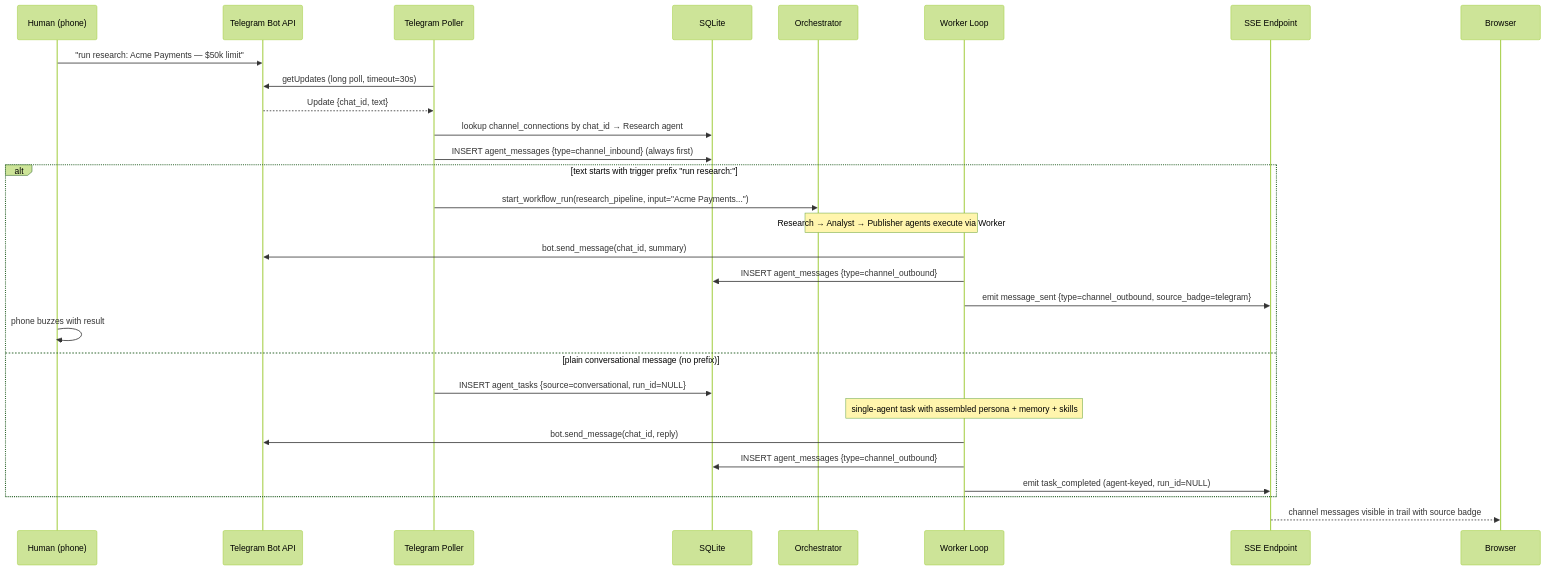
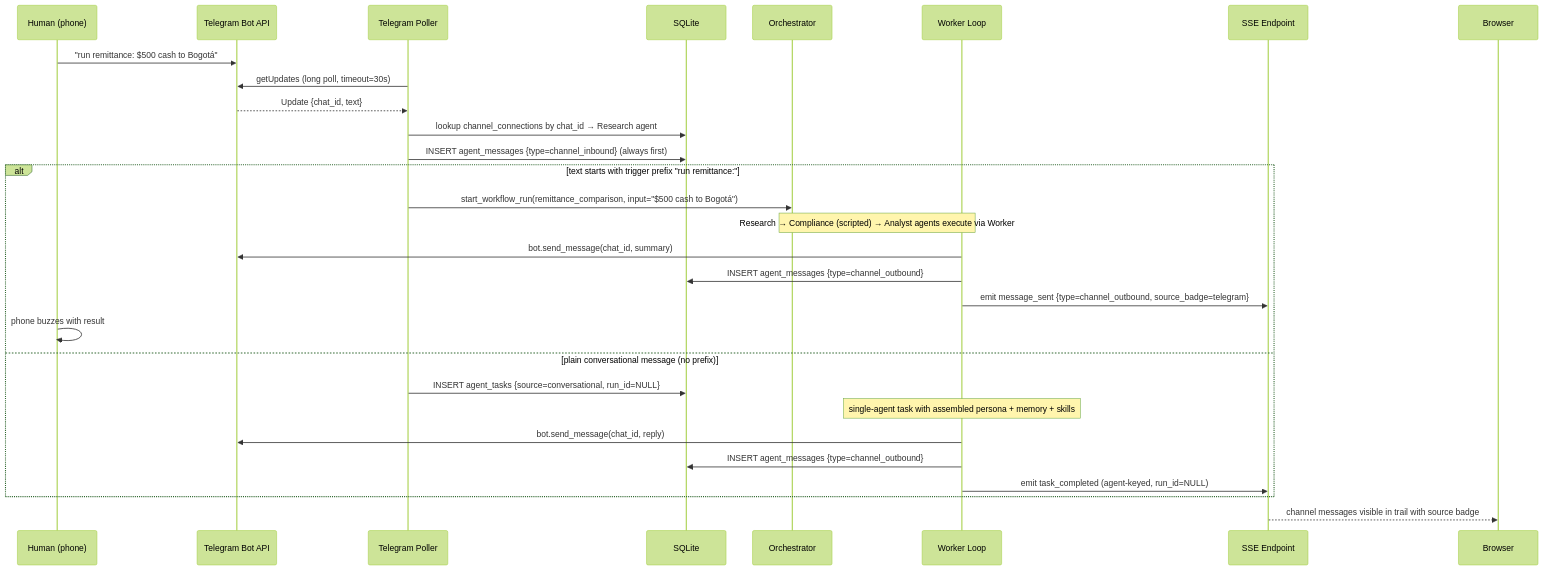
Before and after one commit to robin-raq/yuno: the sixth of 6 diagrams in BUILD_SPEC.md, drawn with Mermaid (forest theme). The commit also changed other lines of this file and 2 other files, not shown here.

First line of the commit message:
docs(remittance): align BUILD_SPEC and README for U10 demo

````diff
--- a/BUILD_SPEC.md
+++ b/BUILD_SPEC.md
@@ -1111,33 +1121,33 @@
 ```mermaid
 sequenceDiagram
     participant Human as Human (phone)
     participant TG_API as Telegram Bot API
     participant POLLER as Telegram Poller
     participant DB as SQLite
     participant ORCH as Orchestrator
     participant WORKER as Worker Loop
     participant SSE as SSE Endpoint
 
-    Human->>TG_API: "run research: Acme Payments — $50k limit"
+    Human->>TG_API: "run remittance: $500 cash to Bogotá"
     POLLER->>TG_API: getUpdates (long poll, timeout=30s)
     TG_API-->>POLLER: Update {chat_id, text}
     POLLER->>DB: lookup channel_connections by chat_id → Research agent
     POLLER->>DB: INSERT agent_messages {type=channel_inbound} (always first)
 
-    alt text starts with trigger prefix "run research:"
-        POLLER->>ORCH: start_workflow_run(research_pipeline, input="Acme Payments...")
-        Note over ORCH,WORKER: Research → Analyst → Publisher agents execute via Worker
+    alt text starts with trigger prefix "run remittance:"
+        POLLER->>ORCH: start_workflow_run(remittance_comparison, input="$500 cash to Bogotá")
+        Note over ORCH,WORKER: Research → Compliance (scripted) → Analyst agents execute via Worker
         WORKER->>TG_API: bot.send_message(chat_id, summary)
         WORKER->>DB: INSERT agent_messages {type=channel_outbound}
         WORKER->>SSE: emit message_sent {type=channel_outbound, source_badge=telegram}
         Human->>Human: phone buzzes with result
     else plain conversational message (no prefix)
         POLLER->>DB: INSERT agent_tasks {source=conversational, run_id=NULL}
         Note over WORKER: single-agent task with assembled persona + memory + skills
         WORKER->>TG_API: bot.send_message(chat_id, reply)
         WORKER->>DB: INSERT agent_messages {type=channel_outbound}
         WORKER->>SSE: emit task_completed (agent-keyed, run_id=NULL)
     end
 
     SSE-->>Browser: channel messages visible in trail with source badge
 ```
````
